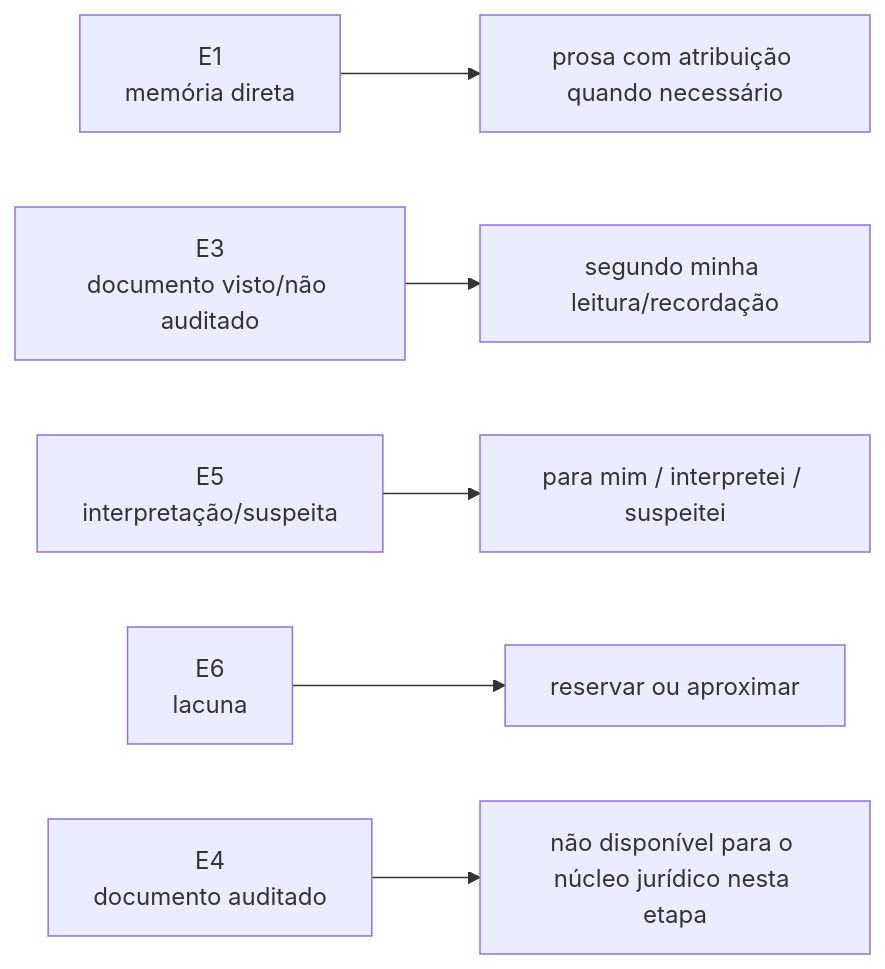
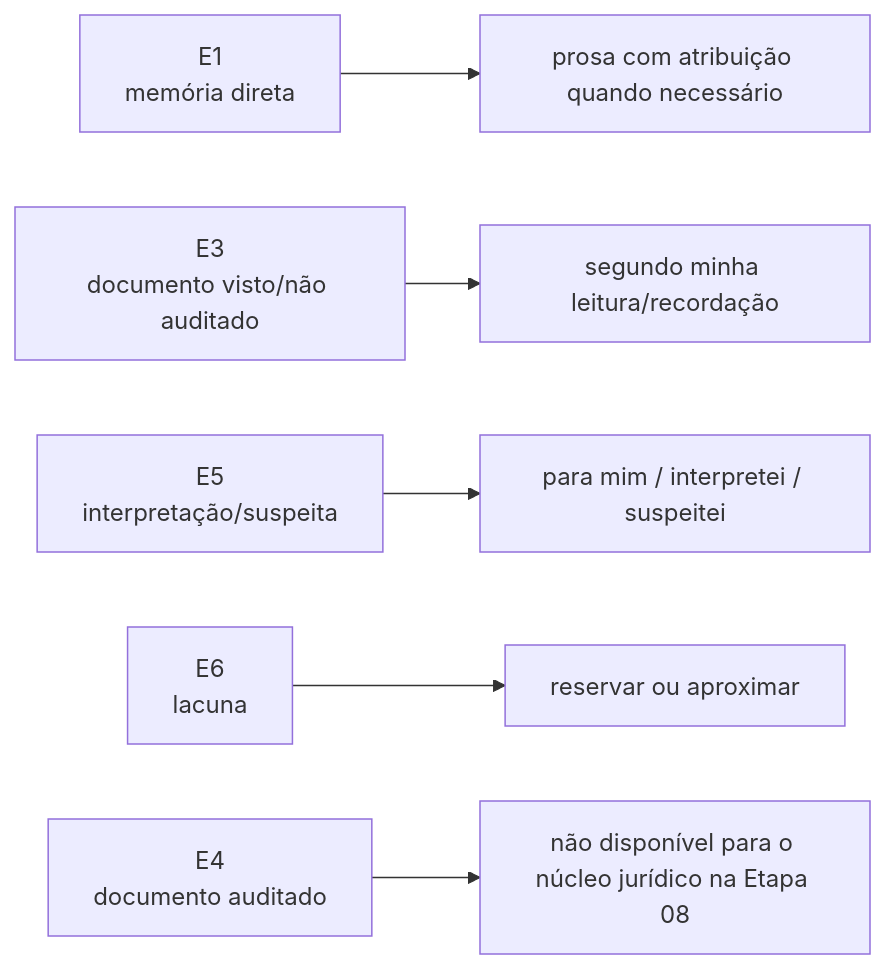
Before and after one commit to Sollimastudio/trilogia-sol-lima: the fifth of 5 diagrams in 01_MORTE_EM_VIDA/MAPA_VISUAL_PARTE_III_ATUAL.md, drawn with Mermaid. The commit also changed other lines of this file, not shown here.

Commit message:
Fecha mapa visual da Etapa 08 e abre Etapa 09

````diff
--- a/01_MORTE_EM_VIDA/MAPA_VISUAL_PARTE_III_ATUAL.md
+++ b/01_MORTE_EM_VIDA/MAPA_VISUAL_PARTE_III_ATUAL.md
@@ -60,8 +66,8 @@
 ```mermaid
 flowchart LR
 A[E1\nmemória direta] --> F[prosa com atribuição quando necessário]
 B[E3\ndocumento visto/não auditado] --> G[segundo minha leitura/recordação]
 C[E5\ninterpretação/suspeita] --> H[para mim / interpretei / suspeitei]
 D[E6\nlacuna] --> I[reservar ou aproximar]
-E[E4\ndocumento auditado] --> J[não disponível para o núcleo jurídico nesta etapa]
+E[E4\ndocumento auditado] --> J[não disponível para o núcleo jurídico na Etapa 08]
 ```
````
